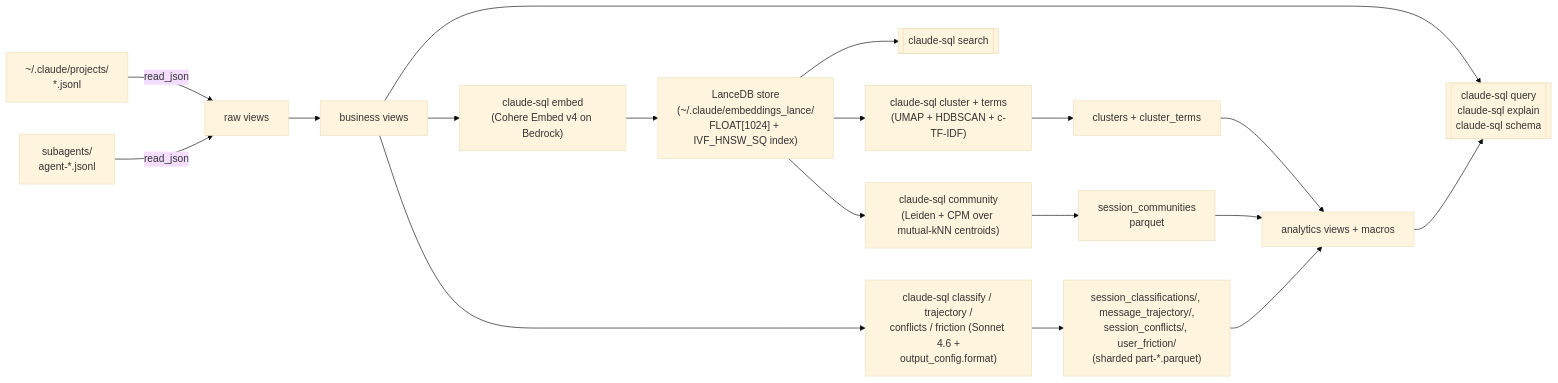
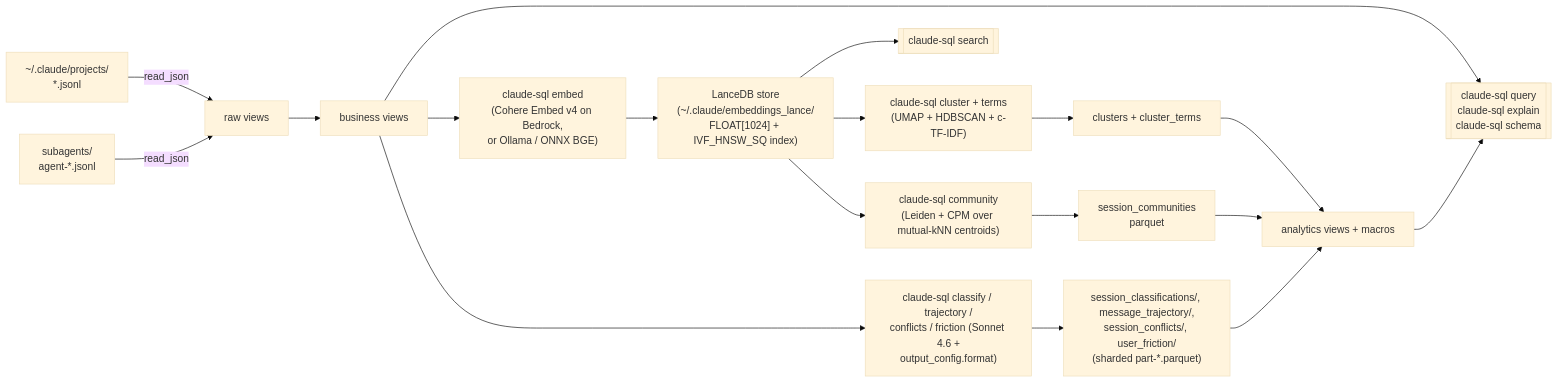
Before and after one commit to theagenticguy/claude-sql: the diagram in README.md, drawn with Mermaid (base theme). The commit also changed other lines of this file, not shown here.

````diff
--- a/README.md
+++ b/README.md
@@ -81,20 +77,20 @@
 ```mermaid
 flowchart LR
     J["~/.claude/projects/<br/>*.jsonl"] -->|read_json| R[raw views]
     J2["subagents/<br/>agent-*.jsonl"] -->|read_json| R
     R --> V[business views]
     V --> Q[["claude-sql query<br/>claude-sql explain<br/>claude-sql schema"]]
-    V --> E["claude-sql embed<br/>(Cohere Embed v4 on Bedrock)"]
+    V --> E["claude-sql embed<br/>(Cohere Embed v4 on Bedrock,<br/>or Ollama / ONNX BGE)"]
     E --> P["LanceDB store<br/>(~/.claude/embeddings_lance/<br/>FLOAT[1024] + IVF_HNSW_SQ index)"]
     P --> S[["claude-sql search"]]
     V --> L["claude-sql classify / trajectory /<br/>conflicts / friction (Sonnet 4.6 +<br/>output_config.format)"]
     L --> PA["session_classifications/, message_trajectory/,<br/>session_conflicts/, user_friction/<br/>(sharded part-*.parquet)"]
     P --> C["claude-sql cluster + terms<br/>(UMAP + HDBSCAN + c-TF-IDF)"]
     C --> PC["clusters + cluster_terms"]
     P --> CM["claude-sql community<br/>(Leiden + CPM over mutual-kNN centroids)"]
     CM --> PM["session_communities<br/>parquet"]
     PA --> AV[analytics views + macros]
     PC --> AV
     PM --> AV
     AV --> Q
 ```
````
